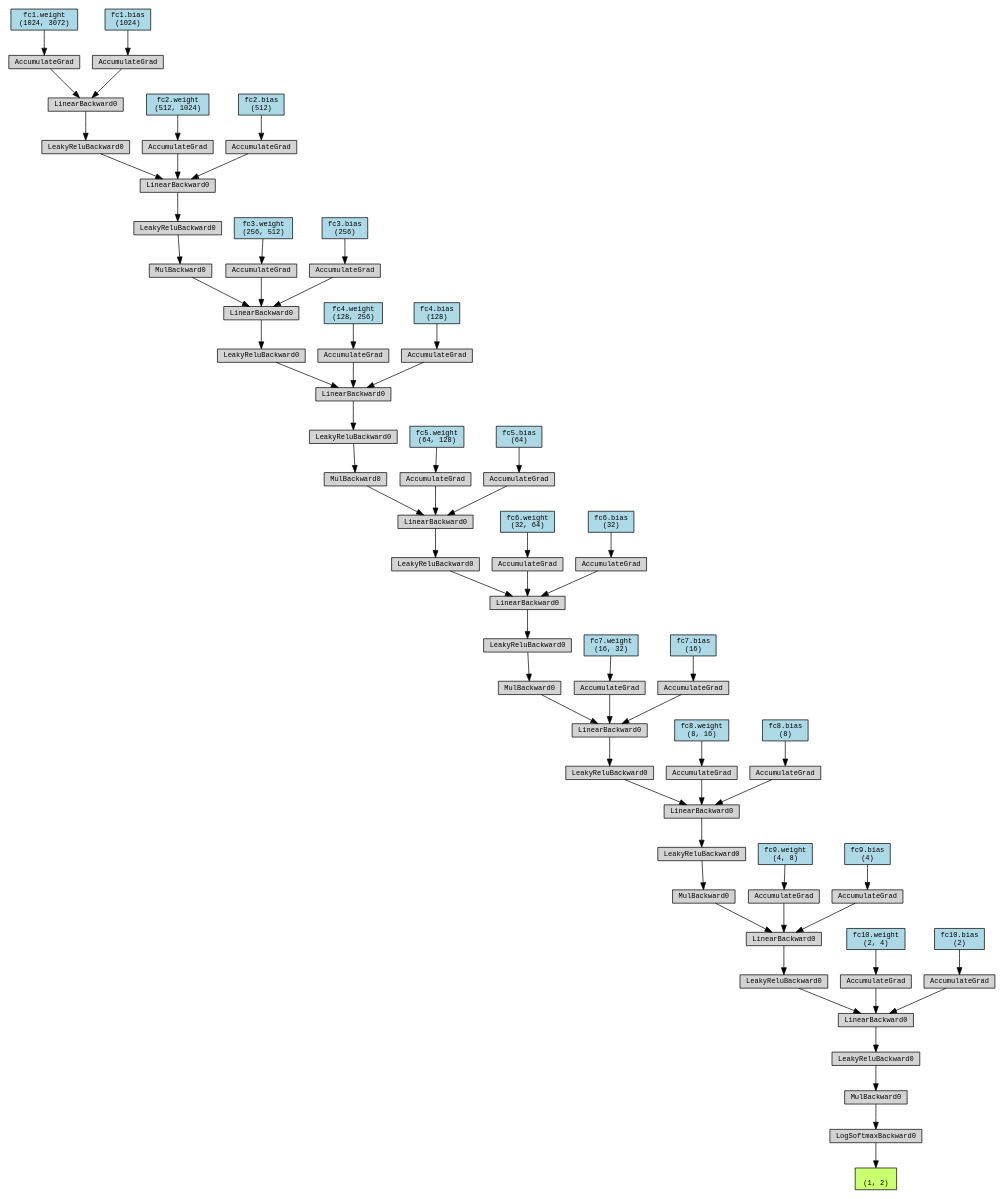
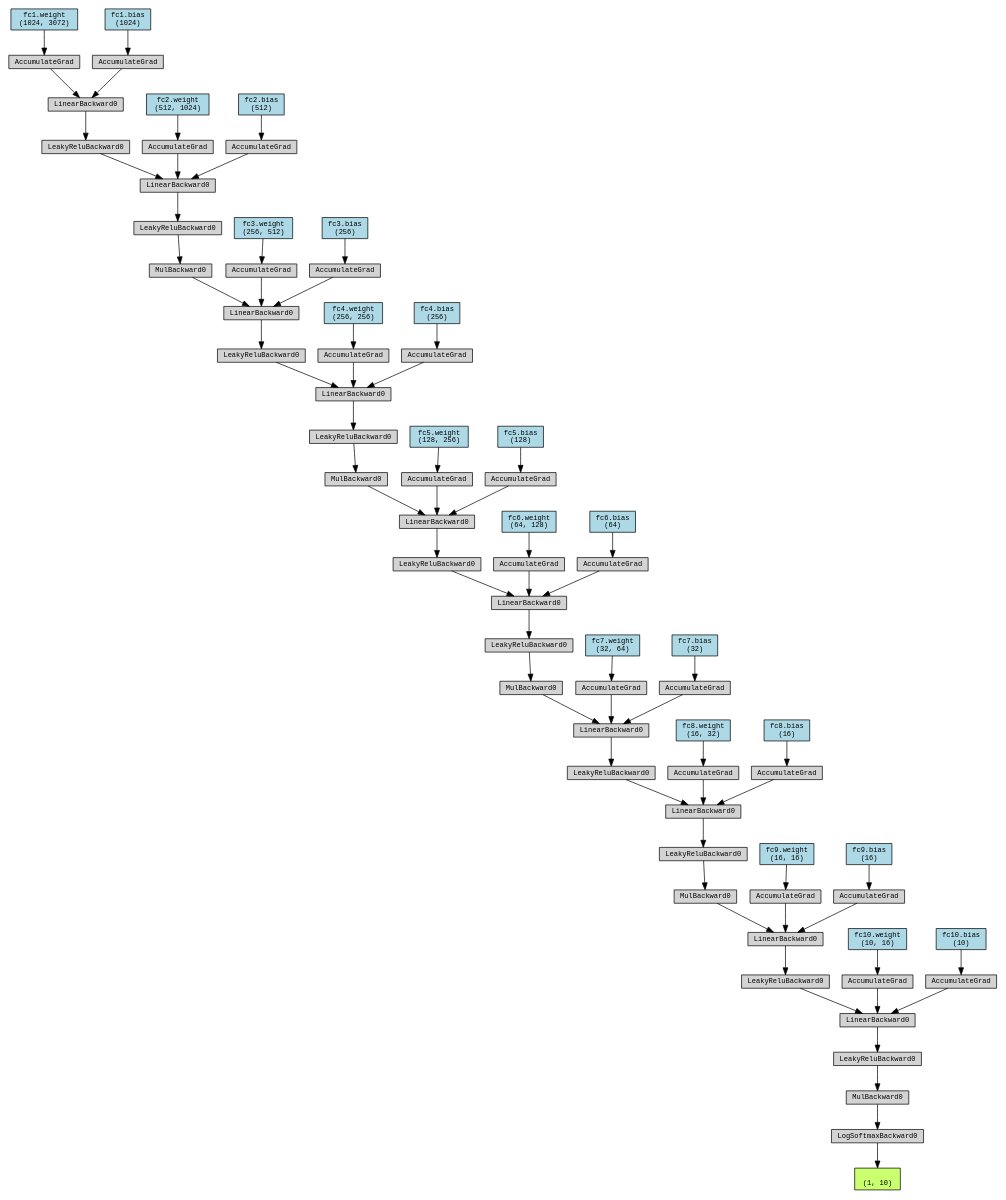
Before and after one commit to IgnacioPardo/TP3_TDVI: the diagram in plots/Net2/dot.gv, drawn with Graphviz. The commit also changed 28 other files, not shown here.

```diff
--- a/plots/Net2/dot.gv
+++ b/plots/Net2/dot.gv
@@ -1,158 +1,158 @@
 digraph {
 	graph [size="19.95,19.95"]
 	node [align=left fontname=monospace fontsize=10 height=0.2 ranksep=0.1 shape=box style=filled]
-	7683312432 [label="
- (1, 2)" fillcolor=darkolivegreen1]
-	7683138624 [label=LogSoftmaxBackward0]
-	7683136560 -> 7683138624
-	7683136560 [label=MulBackward0]
-	7683136272 -> 7683136560
-	7683136272 [label=LeakyReluBackward0]
-	7683136032 -> 7683136272
-	7683136032 [label=LinearBackward0]
-	7683143088 -> 7683136032
-	7683143088 [label=LeakyReluBackward0]
-	7683138672 -> 7683143088
-	7683138672 [label=LinearBackward0]
-	7683139632 -> 7683138672
-	7683139632 [label=MulBackward0]
-	7683136608 -> 7683139632
-	7683136608 [label=LeakyReluBackward0]
-	7683139296 -> 7683136608
-	7683139296 [label=LinearBackward0]
-	7683139056 -> 7683139296
-	7683139056 [label=LeakyReluBackward0]
-	7683139344 -> 7683139056
-	7683139344 [label=LinearBackward0]
-	7683137520 -> 7683139344
-	7683137520 [label=MulBackward0]
-	7683137472 -> 7683137520
-	7683137472 [label=LeakyReluBackward0]
-	7683139680 -> 7683137472
-	7683139680 [label=LinearBackward0]
-	7683140352 -> 7683139680
-	7683140352 [label=LeakyReluBackward0]
-	7683140160 -> 7683140352
-	7683140160 [label=LinearBackward0]
-	7683140304 -> 7683140160
-	7683140304 [label=MulBackward0]
-	7683139872 -> 7683140304
-	7683139872 [label=LeakyReluBackward0]
-	7683139968 -> 7683139872
-	7683139968 [label=LinearBackward0]
-	7683139728 -> 7683139968
-	7683139728 [label=LeakyReluBackward0]
-	7683140688 -> 7683139728
-	7683140688 [label=LinearBackward0]
-	7683138336 -> 7683140688
-	7683138336 [label=MulBackward0]
-	7691916608 -> 7683138336
-	7691916608 [label=LeakyReluBackward0]
-	7691916080 -> 7691916608
-	7691916080 [label=LinearBackward0]
-	7691916224 -> 7691916080
-	7691916224 [label=LeakyReluBackward0]
-	7691916800 -> 7691916224
-	7691916800 [label=LinearBackward0]
-	7691916896 -> 7691916800
-	6588995184 [label="fc1.weight
+	7764911392 [label="
+ (1, 10)" fillcolor=darkolivegreen1]
+	7764799120 [label=LogSoftmaxBackward0]
+	7764801616 -> 7764799120
+	7764801616 [label=MulBackward0]
+	7764799600 -> 7764801616
+	7764799600 [label=LeakyReluBackward0]
+	7764799456 -> 7764799600
+	7764799456 [label=LinearBackward0]
+	7764799552 -> 7764799456
+	7764799552 [label=LeakyReluBackward0]
+	7764801232 -> 7764799552
+	7764801232 [label=LinearBackward0]
+	7764801376 -> 7764801232
+	7764801376 [label=MulBackward0]
+	7764800800 -> 7764801376
+	7764800800 [label=LeakyReluBackward0]
+	7764800896 -> 7764800800
+	7764800896 [label=LinearBackward0]
+	7764801040 -> 7764800896
+	7764801040 [label=LeakyReluBackward0]
+	7764798112 -> 7764801040
+	7764798112 [label=LinearBackward0]
+	7764798208 -> 7764798112
+	7764798208 [label=MulBackward0]
+	7764798016 -> 7764798208
+	7764798016 [label=LeakyReluBackward0]
+	7764796288 -> 7764798016
+	7764796288 [label=LinearBackward0]
+	7764796336 -> 7764796288
+	7764796336 [label=LeakyReluBackward0]
+	7764796096 -> 7764796336
+	7764796096 [label=LinearBackward0]
+	7764795904 -> 7764796096
+	7764795904 [label=MulBackward0]
+	7764796144 -> 7764795904
+	7764796144 [label=LeakyReluBackward0]
+	7764795712 -> 7764796144
+	7764795712 [label=LinearBackward0]
+	7764795520 -> 7764795712
+	7764795520 [label=LeakyReluBackward0]
+	7764795760 -> 7764795520
+	7764795760 [label=LinearBackward0]
+	7764795328 -> 7764795760
+	7764795328 [label=MulBackward0]
+	7764795424 -> 7764795328
+	7764795424 [label=LeakyReluBackward0]
+	7764795136 -> 7764795424
+	7764795136 [label=LinearBackward0]
+	7764794848 -> 7764795136
+	7764794848 [label=LeakyReluBackward0]
+	7764795088 -> 7764794848
+	7764795088 [label=LinearBackward0]
+	7764794752 -> 7764795088
+	7764907472 [label="fc1.weight
  (1024, 3072)" fillcolor=lightblue]
-	6588995184 -> 7691916896
-	7691916896 [label=AccumulateGrad]
-	7691916848 -> 7691916800
-	7683315552 [label="fc1.bias
+	7764907472 -> 7764794752
+	7764794752 [label=AccumulateGrad]
+	7764795040 -> 7764795088
+	7764907632 [label="fc1.bias
  (1024)" fillcolor=lightblue]
-	7683315552 -> 7691916848
-	7691916848 [label=AccumulateGrad]
-	7691911424 -> 7691916080
-	7683234992 [label="fc2.weight
+	7764907632 -> 7764795040
+	7764795040 [label=AccumulateGrad]
+	7764794992 -> 7764795136
+	7764908272 [label="fc2.weight
  (512, 1024)" fillcolor=lightblue]
-	7683234992 -> 7691911424
-	7691911424 [label=AccumulateGrad]
-	7691916512 -> 7691916080
-	7683234032 [label="fc2.bias
+	7764908272 -> 7764794992
+	7764794992 [label=AccumulateGrad]
+	7764795280 -> 7764795136
+	7764908192 [label="fc2.bias
  (512)" fillcolor=lightblue]
-	7683234032 -> 7691916512
-	7691916512 [label=AccumulateGrad]
-	7683140784 -> 7683140688
-	7682121200 [label="fc3.weight
+	7764908192 -> 7764795280
+	7764795280 [label=AccumulateGrad]
+	7764795472 -> 7764795760
+	7764907952 [label="fc3.weight
  (256, 512)" fillcolor=lightblue]
-	7682121200 -> 7683140784
-	7683140784 [label=AccumulateGrad]
-	7683140592 -> 7683140688
-	7682120160 [label="fc3.bias
+	7764907952 -> 7764795472
+	7764795472 [label=AccumulateGrad]
+	7764795616 -> 7764795760
+	7764908032 [label="fc3.bias
  (256)" fillcolor=lightblue]
-	7682120160 -> 7683140592
-	7683140592 [label=AccumulateGrad]
-	7683139920 -> 7683139968
-	7682119200 [label="fc4.weight
+	7764908032 -> 7764795616
+	7764795616 [label=AccumulateGrad]
+	7764795568 -> 7764795712
+	7764908592 [label="fc4.weight
+ (256, 256)" fillcolor=lightblue]
+	7764908592 -> 7764795568
+	7764795568 [label=AccumulateGrad]
+	7764796000 -> 7764795712
+	7764909072 [label="fc4.bias
+ (256)" fillcolor=lightblue]
+	7764909072 -> 7764796000
+	7764796000 [label=AccumulateGrad]
+	7764795952 -> 7764796096
+	7764908752 [label="fc5.weight
  (128, 256)" fillcolor=lightblue]
-	7682119200 -> 7683139920
-	7683139920 [label=AccumulateGrad]
-	7683140496 -> 7683139968
-	7682120640 [label="fc4.bias
+	7764908752 -> 7764795952
+	7764795952 [label=AccumulateGrad]
+	7764796480 -> 7764796096
+	7764908672 [label="fc5.bias
  (128)" fillcolor=lightblue]
-	7682120640 -> 7683140496
-	7683140496 [label=AccumulateGrad]
-	7683140112 -> 7683140160
-	6587136288 [label="fc5.weight
+	7764908672 -> 7764796480
+	7764796480 [label=AccumulateGrad]
+	7764796384 -> 7764796288
+	7764908352 [label="fc6.weight
  (64, 128)" fillcolor=lightblue]
-	6587136288 -> 7683140112
-	7683140112 [label=AccumulateGrad]
-	7683140064 -> 7683140160
-	7683314912 [label="fc5.bias
+	7764908352 -> 7764796384
+	7764796384 [label=AccumulateGrad]
+	7764798352 -> 7764796288
+	7764908512 [label="fc6.bias
  (64)" fillcolor=lightblue]
-	7683314912 -> 7683140064
-	7683140064 [label=AccumulateGrad]
-	7683139584 -> 7683139680
-	7683310272 [label="fc6.weight
+	7764908512 -> 7764798352
+	7764798352 [label=AccumulateGrad]
+	7764798064 -> 7764798112
+	7764909232 [label="fc7.weight
  (32, 64)" fillcolor=lightblue]
-	7683310272 -> 7683139584
-	7683139584 [label=AccumulateGrad]
-	7683139488 -> 7683139680
-	7683315872 [label="fc6.bias
+	7764909232 -> 7764798064
+	7764798064 [label=AccumulateGrad]
+	7764798400 -> 7764798112
+	7764909552 [label="fc7.bias
  (32)" fillcolor=lightblue]
-	7683315872 -> 7683139488
-	7683139488 [label=AccumulateGrad]
-	7683139200 -> 7683139344
-	7683315072 [label="fc7.weight
+	7764909552 -> 7764798400
+	7764798400 [label=AccumulateGrad]
+	7764800848 -> 7764800896
+	7764909472 [label="fc8.weight
  (16, 32)" fillcolor=lightblue]
-	7683315072 -> 7683139200
-	7683139200 [label=AccumulateGrad]
-	7683139152 -> 7683139344
-	7683316272 [label="fc7.bias
+	7764909472 -> 7764800848
+	7764800848 [label=AccumulateGrad]
+	7764801088 -> 7764800896
+	7764909392 [label="fc8.bias
  (16)" fillcolor=lightblue]
-	7683316272 -> 7683139152
-	7683139152 [label=AccumulateGrad]
-	7683139248 -> 7683139296
-	7683310912 [label="fc8.weight
- (8, 16)" fillcolor=lightblue]
-	7683310912 -> 7683139248
-	7683139248 [label=AccumulateGrad]
-	7683136128 -> 7683139296
-	7683312192 [label="fc8.bias
- (8)" fillcolor=lightblue]
-	7683312192 -> 7683136128
-	7683136128 [label=AccumulateGrad]
-	7683140640 -> 7683138672
-	7683311472 [label="fc9.weight
- (4, 8)" fillcolor=lightblue]
-	7683311472 -> 7683140640
-	7683140640 [label=AccumulateGrad]
-	7683145152 -> 7683138672
-	7683310672 [label="fc9.bias
- (4)" fillcolor=lightblue]
-	7683310672 -> 7683145152
-	7683145152 [label=AccumulateGrad]
-	7683136080 -> 7683136032
-	7683312592 [label="fc10.weight
- (2, 4)" fillcolor=lightblue]
-	7683312592 -> 7683136080
-	7683136080 [label=AccumulateGrad]
-	7683140544 -> 7683136032
-	7683318112 [label="fc10.bias
- (2)" fillcolor=lightblue]
-	7683318112 -> 7683140544
-	7683140544 [label=AccumulateGrad]
-	7683138624 -> 7683312432
+	7764909392 -> 7764801088
+	7764801088 [label=AccumulateGrad]
+	7764801184 -> 7764801232
+	7764909312 [label="fc9.weight
+ (16, 16)" fillcolor=lightblue]
+	7764909312 -> 7764801184
+	7764801184 [label=AccumulateGrad]
+	7764801280 -> 7764801232
+	7764909152 [label="fc9.bias
+ (16)" fillcolor=lightblue]
+	7764909152 -> 7764801280
+	7764801280 [label=AccumulateGrad]
+	7764799504 -> 7764799456
+	7764909792 [label="fc10.weight
+ (10, 16)" fillcolor=lightblue]
+	7764909792 -> 7764799504
+	7764799504 [label=AccumulateGrad]
+	7764801472 -> 7764799456
+	7764910032 [label="fc10.bias
+ (10)" fillcolor=lightblue]
+	7764910032 -> 7764801472
+	7764801472 [label=AccumulateGrad]
+	7764799120 -> 7764911392
 }
```
